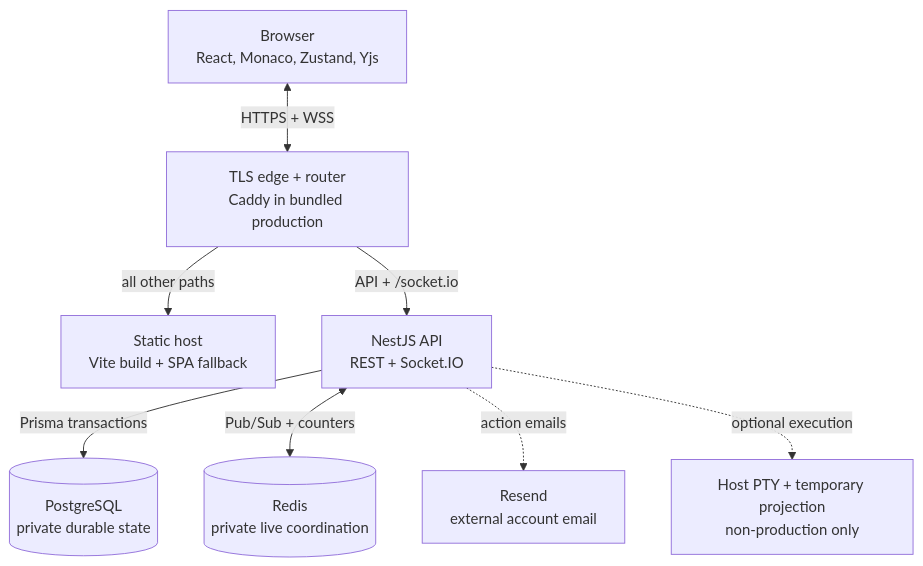
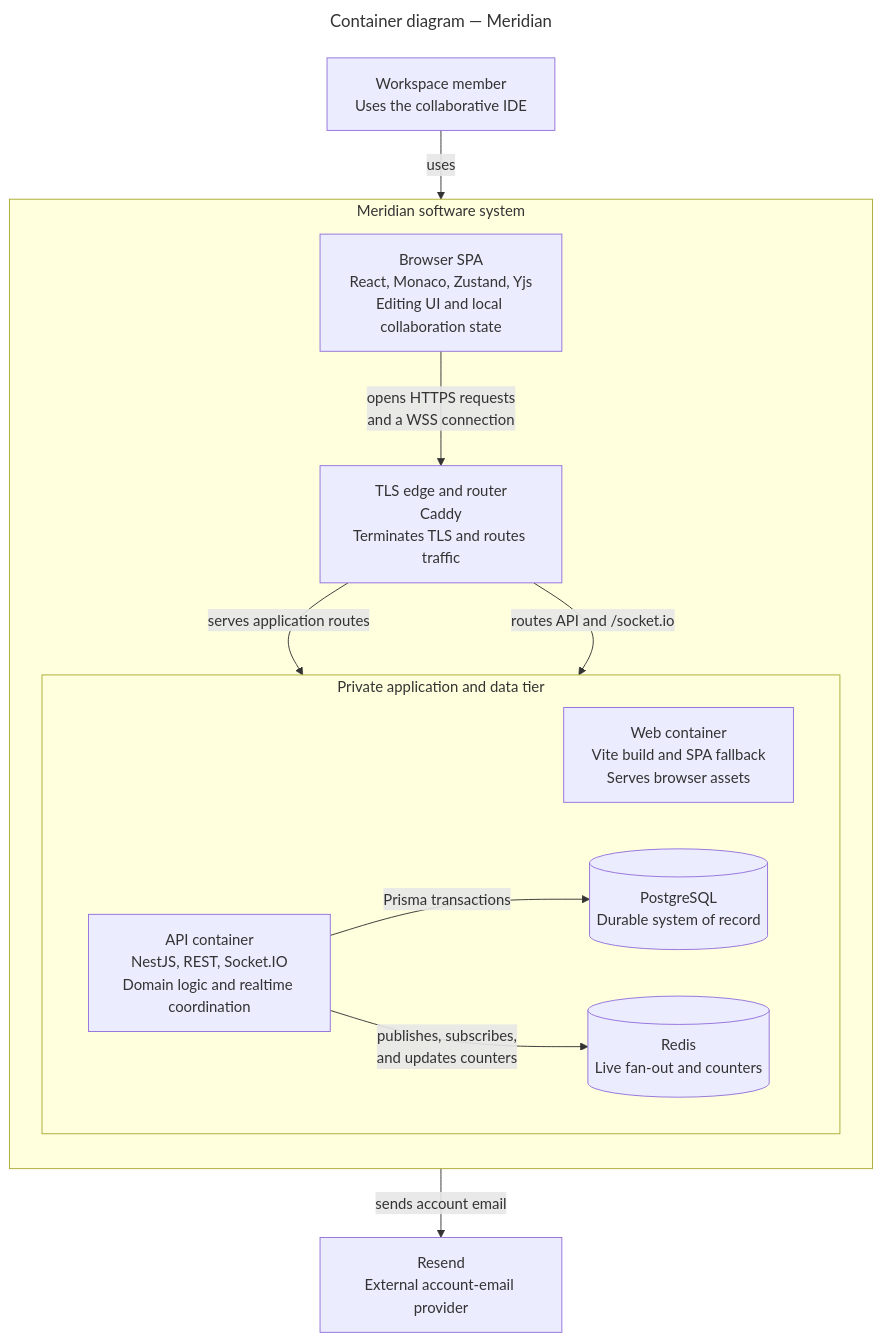
The diagram in docs/diagrams/source/system-overview.mmd (santinomarial/Meridian), drawn with Mermaid before and after one commit. The commit also changed 62 other files, not shown here.

Commit message:
Perfect architecture diagrams and sizing

```diff
--- a/docs/diagrams/source/system-overview.mmd
+++ b/docs/diagrams/source/system-overview.mmd
@@ -1,17 +1,29 @@
+---
+title: Container diagram — Meridian
+---
 flowchart TB
-    Browser["Browser<br/>React, Monaco, Zustand, Yjs"]
-    Edge["TLS edge + router<br/>Caddy in bundled production"]
-    Static["Static host<br/>Vite build + SPA fallback"]
-    API["NestJS API<br/>REST + Socket.IO"]
-    PG[("PostgreSQL<br/>private durable state")]
-    Redis[("Redis<br/>private live coordination")]
-    Mail["Resend<br/>external account email"]
-    Host["Host PTY + temporary projection<br/>non-production only"]
+    User["Workspace member<br/>Uses the collaborative IDE"]
+    Mail["Resend<br/>External account-email provider"]
 
-    Browser <-->|"HTTPS + WSS"| Edge
-    Edge -->|"all other paths"| Static
-    Edge -->|"API + /socket.io"| API
-    API -->|"Prisma transactions"| PG
-    API <-->|"Pub/Sub + counters"| Redis
-    API -.->|"action emails"| Mail
-    API -.->|"optional execution"| Host
+    subgraph Meridian["Meridian software system"]
+        direction TB
+        Browser["Browser SPA<br/>React, Monaco, Zustand, Yjs<br/>Editing UI and local collaboration state"]
+        Edge["TLS edge and router<br/>Caddy<br/>Terminates TLS and routes traffic"]
+
+        subgraph Private["Private application and data tier"]
+            direction LR
+            Static["Web container<br/>Vite build and SPA fallback<br/>Serves browser assets"]
+            API["API container<br/>NestJS, REST, Socket.IO<br/>Domain logic and realtime coordination"]
+            PG[("PostgreSQL<br/>Durable system of record")]
+            Redis[("Redis<br/>Live fan-out and counters")]
+        end
+
+        Browser -->|"opens HTTPS requests<br/>and a WSS connection"| Edge
+        Edge -->|"serves application routes"| Static
+        Edge -->|"routes API and /socket.io"| API
+        API -->|"Prisma transactions"| PG
+        API -->|"publishes, subscribes,<br/>and updates counters"| Redis
+    end
+
+    User -->|"uses"| Browser
+    API -->|"sends account email"| Mail
```
